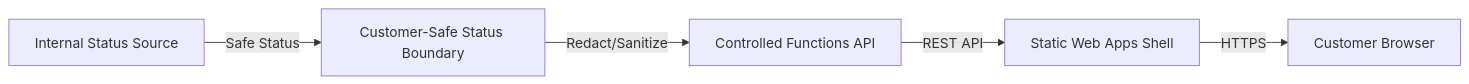
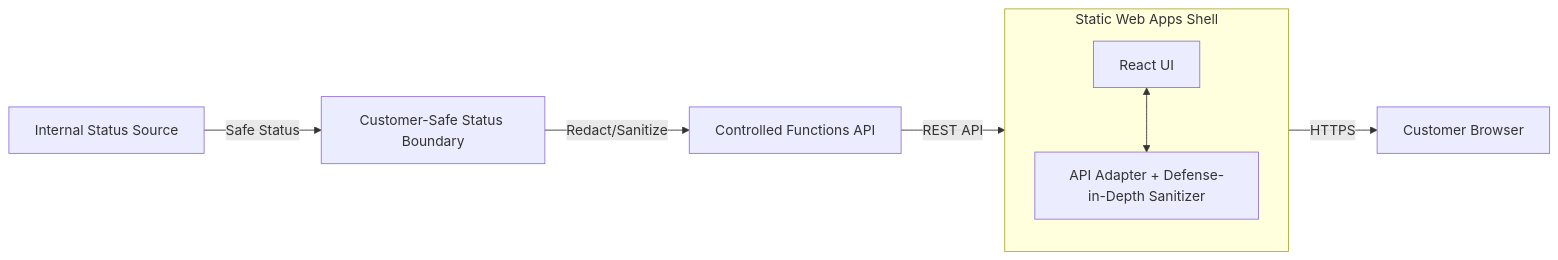
The diagram in building-blocks/portals/static-status-portal/README.md (wildersa/azure_ref_kit), drawn with Mermaid before and after one commit. The commit also changed other lines of this file and 14 other files, not shown here.

First line of the commit message:
[PORTAL-002] Implement minimal customer-safe static status portal shell (#239)

````diff
--- a/building-blocks/portals/static-status-portal/README.md
+++ b/building-blocks/portals/static-status-portal/README.md
@@ -13,7 +21,13 @@
 ```mermaid
 flowchart LR
     Source[Internal Status Source] -->|Safe Status| Boundary[Customer-Safe Status Boundary]
     Boundary -->|Redact/Sanitize| Func[Controlled Functions API]
     Func -->|REST API| SWA[Static Web Apps Shell]
     SWA -->|HTTPS| Customer[Customer Browser]
+
+    subgraph SWA [Static Web Apps Shell]
+        UI[React UI]
+        Adapter[API Adapter + Defense-in-Depth Sanitizer]
+        UI <--> Adapter
+    end
 ```
````
